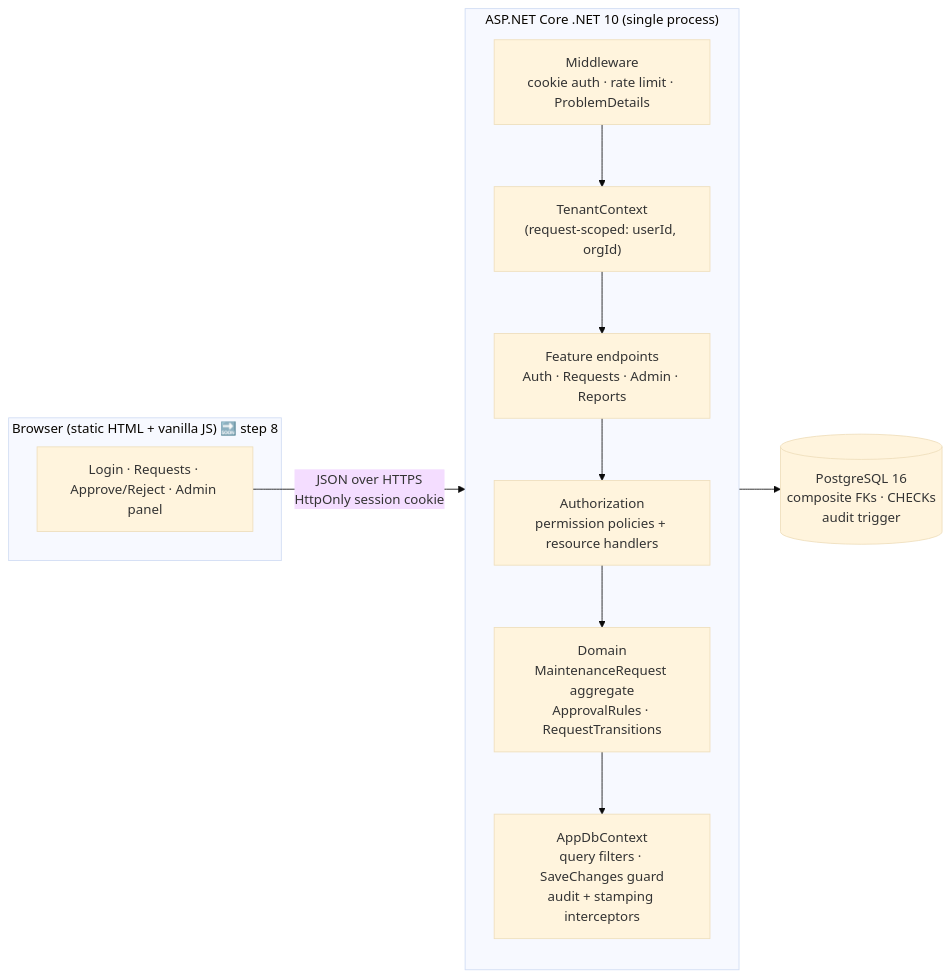
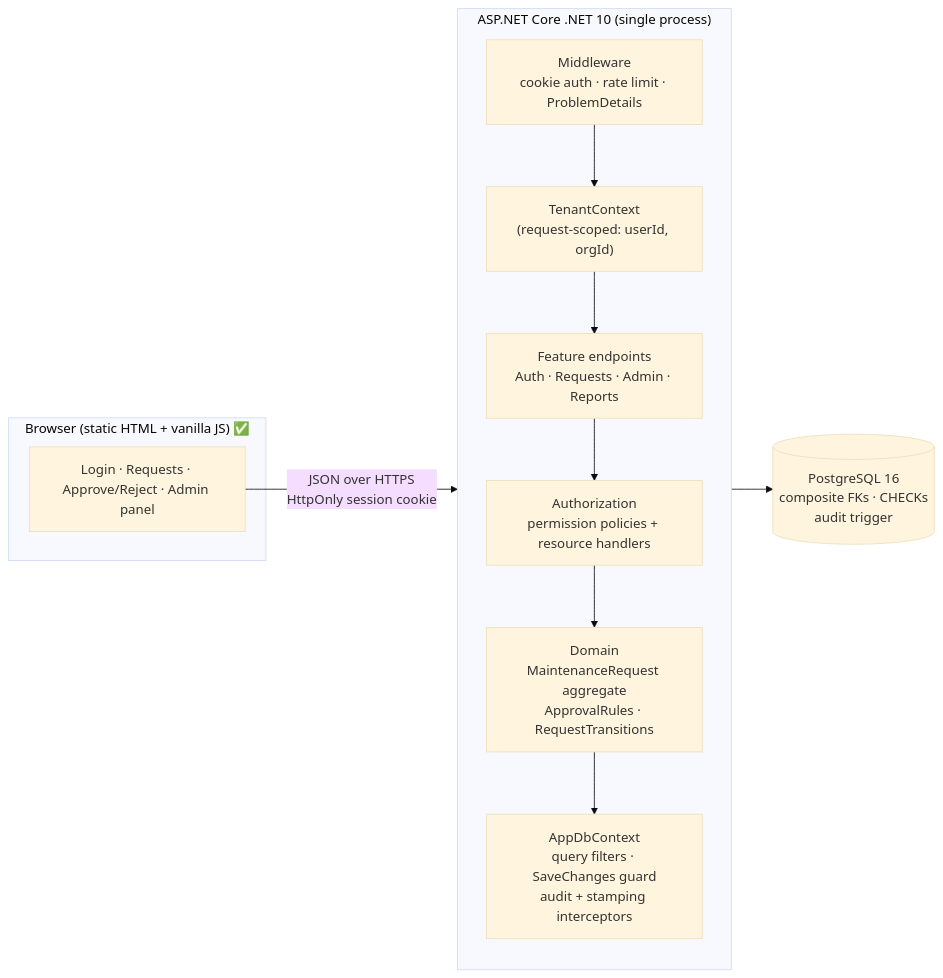
One commit to MoqeetUlHassan/Assessment changed the first of 5 diagrams in ARCHITECTURE.md. Above: the diagram before and after it, drawn with Mermaid (base theme). The commit also changed other lines of this file and 4 other files, not shown here.

````diff
--- a/ARCHITECTURE.md
+++ b/ARCHITECTURE.md
@@ -11,22 +11,22 @@
 ```mermaid
 flowchart LR
-    subgraph Client["Browser (static HTML + vanilla JS) 🔜 step 8"]
+    subgraph Client["Browser (static HTML + vanilla JS) ✅"]
         UI[Login · Requests · Approve/Reject · Admin panel]
     end
 
     subgraph Api["ASP.NET Core .NET 10 (single process)"]
         direction TB
         MW["Middleware<br/>cookie auth · rate limit · ProblemDetails"]
         TC["TenantContext<br/>(request-scoped: userId, orgId)"]
         EP["Feature endpoints<br/>Auth · Requests · Admin · Reports"]
         AZ["Authorization<br/>permission policies + resource handlers"]
         DOM["Domain<br/>MaintenanceRequest aggregate<br/>ApprovalRules · RequestTransitions"]
         DB["AppDbContext<br/>query filters · SaveChanges guard<br/>audit + stamping interceptors"]
         MW --> TC --> EP --> AZ --> DOM --> DB
     end
 
     PG[("PostgreSQL 16<br/>composite FKs · CHECKs<br/>audit trigger")]
 
     UI -- "JSON over HTTPS<br/>HttpOnly session cookie" --> MW
     DB --> PG
 ```
````
